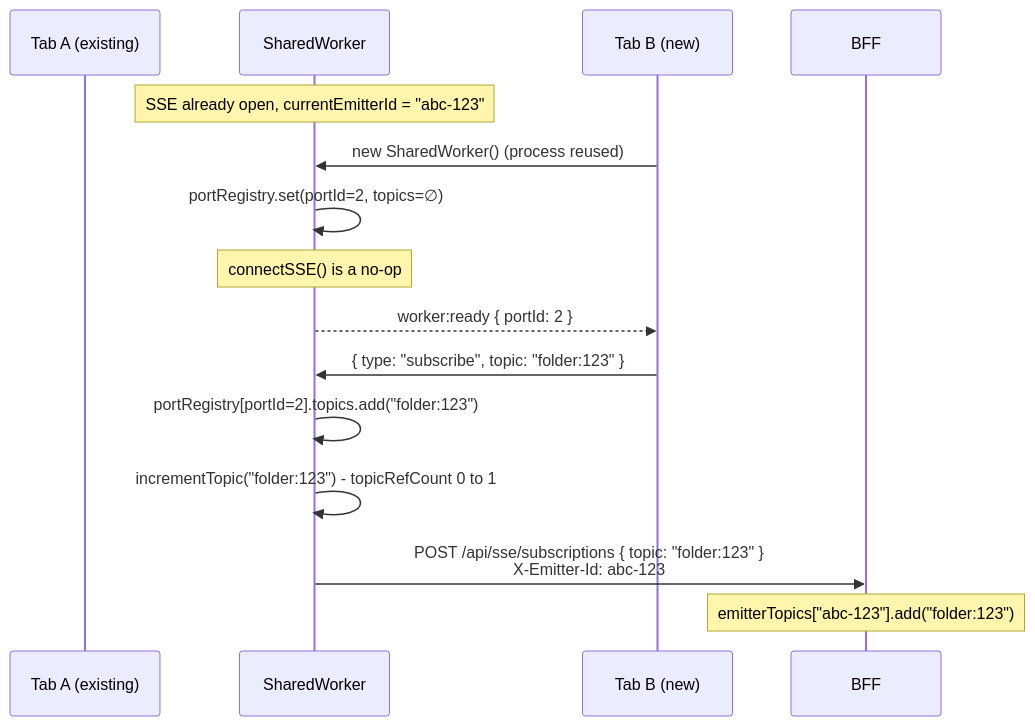
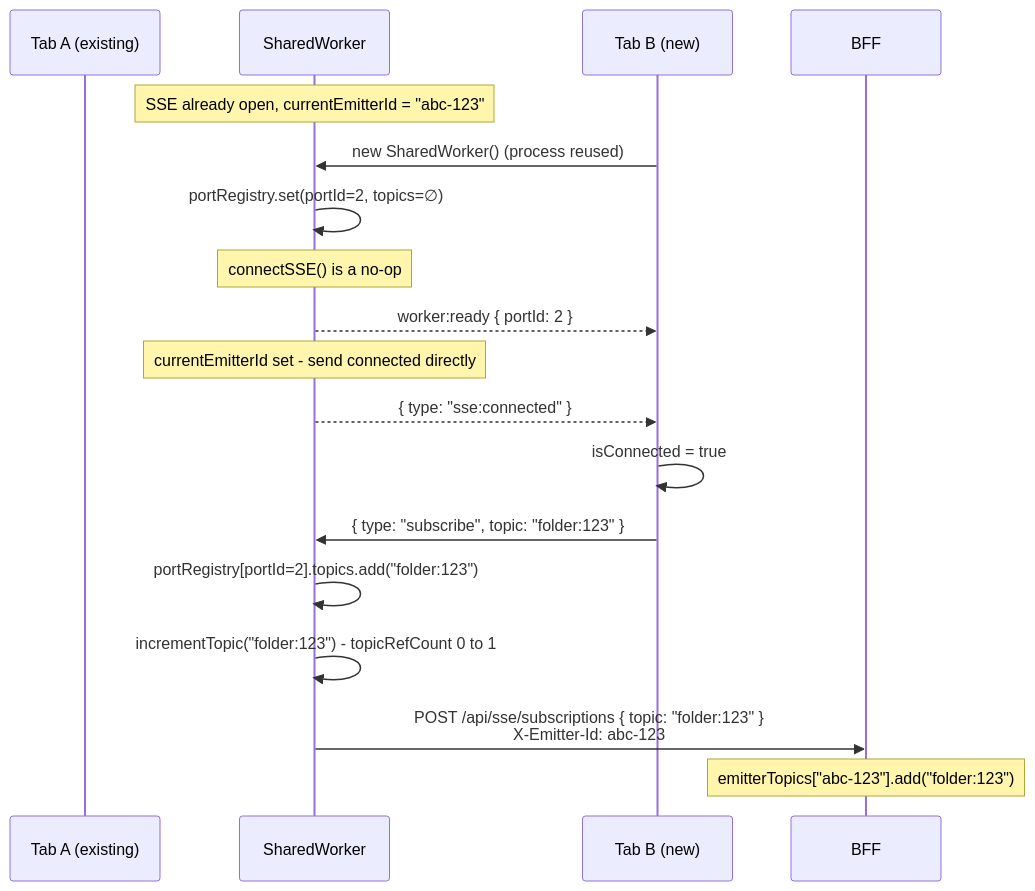
One commit to iarroyo/sse-demo changed the second of 7 diagrams in SSE-DIAGRAMS.md. Above: the diagram before and after it, drawn with Mermaid. The commit also changed other lines of this file and 2 other files, not shown here.

First line of the commit message:
docs(sse): fix sse:connected ordering and Tab 2 connected state

````diff
--- a/SSE-DIAGRAMS.md
+++ b/SSE-DIAGRAMS.md
@@ -42,20 +42,23 @@
 ```mermaid
 sequenceDiagram
     participant TabA as Tab A (existing)
     participant Worker as SharedWorker
     participant TabB as Tab B (new)
     participant Server as BFF
 
     Note over Worker: SSE already open, currentEmitterId = "abc-123"
 
     TabB->>Worker: new SharedWorker() (process reused)
     Worker->>Worker: portRegistry.set(portId=2, topics=∅)
     Note over Worker: connectSSE() is a no-op
     Worker-->>TabB: worker:ready { portId: 2 }
+    Note over Worker: currentEmitterId set - send connected directly
+    Worker-->>TabB: { type: "sse:connected" }
+    TabB->>TabB: isConnected = true
 
     TabB->>Worker: { type: "subscribe", topic: "folder:123" }
     Worker->>Worker: portRegistry[portId=2].topics.add("folder:123")
     Worker->>Worker: incrementTopic("folder:123") - topicRefCount 0 to 1
     Worker->>Server: POST /api/sse/subscriptions { topic: "folder:123" }<br/>X-Emitter-Id: abc-123
     Note over Server: emitterTopics["abc-123"].add("folder:123")
 ```
````
